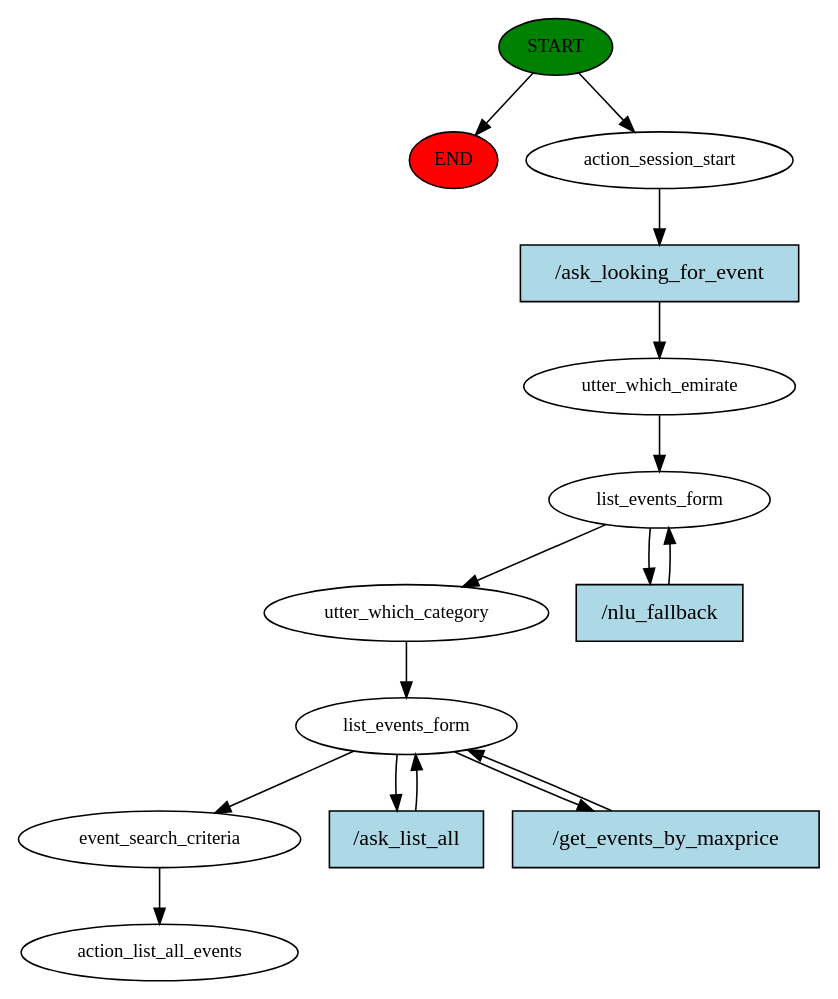
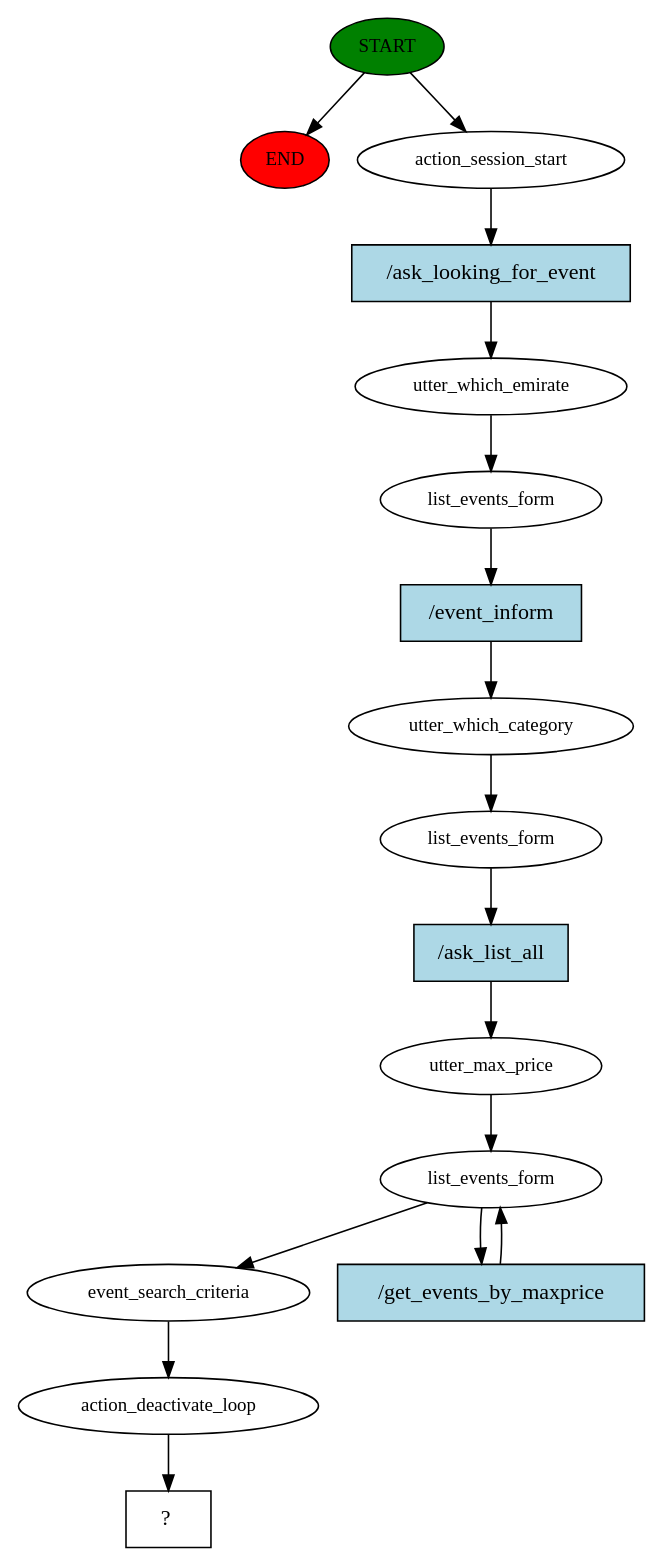
One commit to EhteshamBahoo/Tic8M8_Bot changed the diagram in story_graph.dot. Above: the diagram before and after it, drawn with Graphviz. The commit also changed 8 other files, not shown here.

```diff
--- a/story_graph.dot
+++ b/story_graph.dot
@@ -1,30 +1,34 @@
 digraph  {
 0 [class="start active", fillcolor=green, fontsize=12, label=START, style=filled];
 "-1" [class=end, fillcolor=red, fontsize=12, label=END, style=filled];
 1 [class=active, fontsize=12, label=action_session_start];
 2 [class=active, fontsize=12, label=utter_which_emirate];
 3 [class=active, fontsize=12, label=list_events_form];
-5 [class=active, fontsize=12, label=utter_which_category];
-6 [class=active, fontsize=12, label=list_events_form];
+4 [class=active, fontsize=12, label=utter_which_category];
+5 [class=active, fontsize=12, label=list_events_form];
+6 [class=active, fontsize=12, label=utter_max_price];
+7 [class=active, fontsize=12, label=list_events_form];
 9 [class=active, fontsize=12, label=event_search_criteria];
-10 [class="dashed active", fontsize=12, label=action_list_all_events];
-11 [class="intent active", fillcolor=lightblue, label="/ask_looking_for_event", shape=rect, style=filled];
-12 [class="intent active", fillcolor=lightblue, label="/nlu_fallback", shape=rect, style=filled];
-13 [class="intent active", fillcolor=lightblue, label="/ask_list_all", shape=rect, style=filled];
-14 [class="intent active", fillcolor=lightblue, label="/get_events_by_maxprice", shape=rect, style=filled];
+10 [class=active, fontsize=12, label=action_deactivate_loop];
+11 [class="intent dashed active", label="  ?  ", shape=rect];
+12 [class="intent active", fillcolor=lightblue, label="/ask_looking_for_event", shape=rect, style=filled];
+13 [class="intent active", fillcolor=lightblue, label="/event_inform", shape=rect, style=filled];
+14 [class="intent active", fillcolor=lightblue, label="/ask_list_all", shape=rect, style=filled];
+15 [class="intent active", fillcolor=lightblue, label="/get_events_by_maxprice", shape=rect, style=filled];
 0 -> "-1"  [class="", key=NONE, label=""];
 0 -> 1  [class=active, key=NONE, label=""];
-1 -> 11  [class=active, key=0];
+1 -> 12  [class=active, key=0];
 2 -> 3  [class=active, key=NONE, label=""];
-3 -> 5  [class=active, key=NONE, label=""];
-3 -> 12  [class=active, key=0];
-5 -> 6  [class=active, key=NONE, label=""];
-6 -> 9  [class=active, key=NONE, label=""];
-6 -> 13  [class=active, key=0];
-6 -> 14  [class=active, key=0];
+3 -> 13  [class=active, key=0];
+4 -> 5  [class=active, key=NONE, label=""];
+5 -> 14  [class=active, key=0];
+6 -> 7  [class=active, key=NONE, label=""];
+7 -> 9  [class=active, key=NONE, label=""];
+7 -> 15  [class=active, key=0];
 9 -> 10  [class=active, key=NONE, label=""];
-11 -> 2  [class=active, key=0];
-12 -> 3  [class=active, key=0];
-13 -> 6  [class=active, key=0];
+10 -> 11  [class=active, key=NONE, label=""];
+12 -> 2  [class=active, key=0];
+13 -> 4  [class=active, key=0];
 14 -> 6  [class=active, key=0];
+15 -> 7  [class=active, key=0];
 }
```
